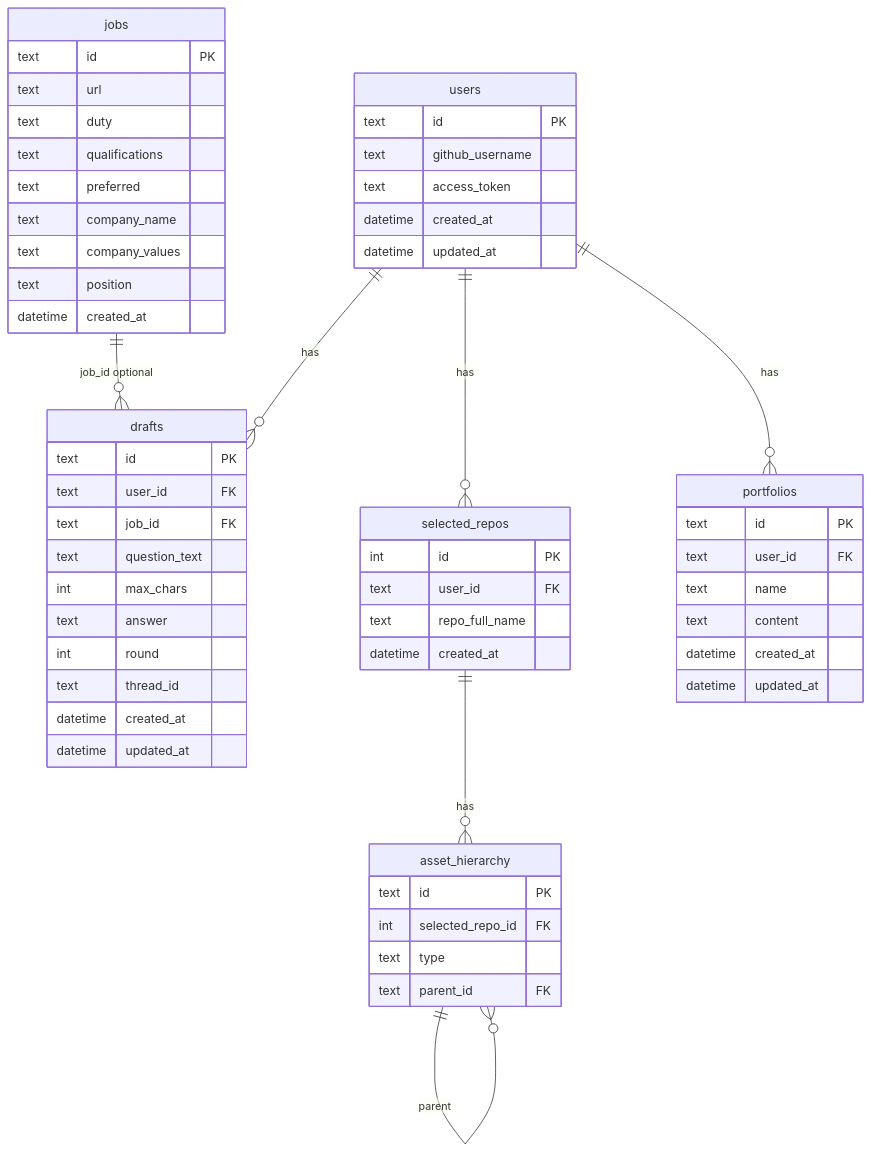
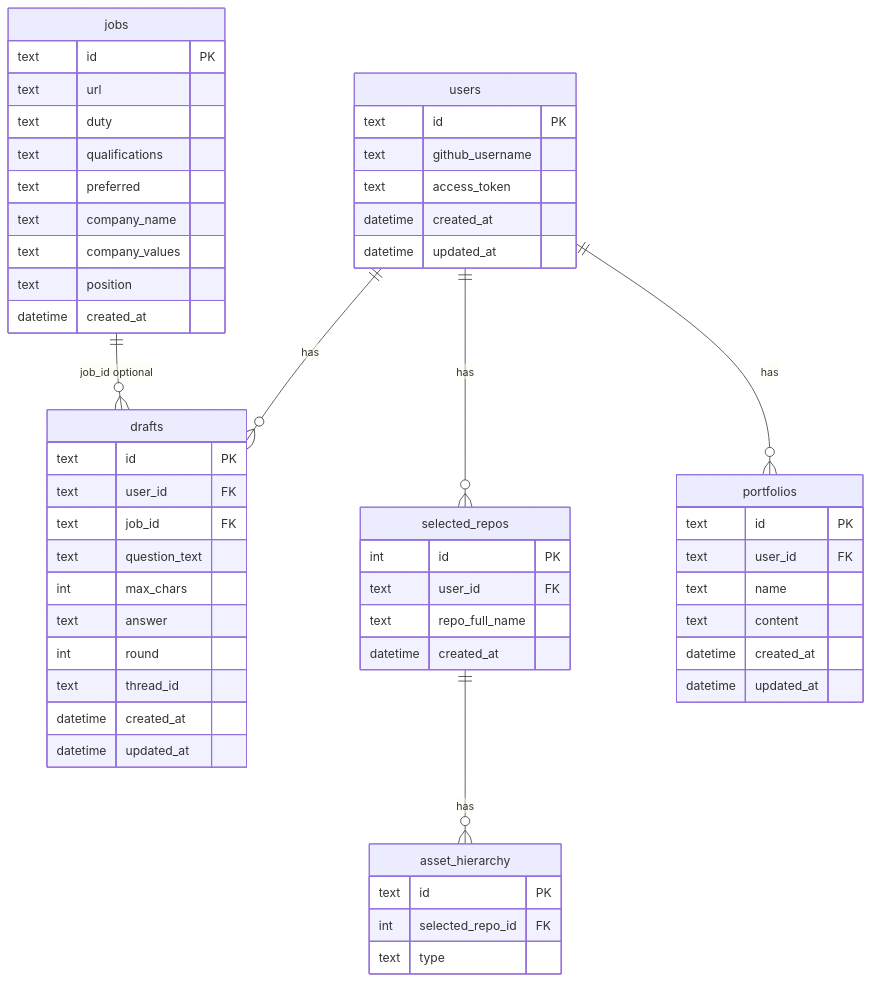
The diagram in docs/AUTOFOLIO_DB_스키마_설계.md (kocory1/AutoPolio), drawn with Mermaid before and after one commit. The commit also changed other lines of this file and 2 other files, not shown here.

First line of the commit message:
docs: .gitignore 및 DB/User_Asset 스키마 문서 변경 반영

````diff
--- a/docs/AUTOFOLIO_DB_스키마_설계.md
+++ b/docs/AUTOFOLIO_DB_스키마_설계.md
@@ -205,65 +230,63 @@
 ```mermaid
 erDiagram
     users ||--o{ drafts : has
     users ||--o{ selected_repos : has
     users ||--o{ portfolios : has
     jobs ||--o{ drafts : "job_id optional"
     selected_repos ||--o{ asset_hierarchy : has
-    asset_hierarchy ||--o{ asset_hierarchy : parent
 
     users {
         text id PK
         text github_username
         text access_token
         datetime created_at
         datetime updated_at
     }
 
     drafts {
         text id PK
         text user_id FK
         text job_id FK
         text question_text
         int max_chars
         text answer
         int round
         text thread_id
         datetime created_at
         datetime updated_at
     }
 
     jobs {
         text id PK
         text url
         text duty
         text qualifications
         text preferred
         text company_name
         text company_values
         text position
         datetime created_at
     }
 
     selected_repos {
         int id PK
         text user_id FK
         text repo_full_name
         datetime created_at
     }
 
     asset_hierarchy {
         text id PK
         int selected_repo_id FK
         text type
-        text parent_id FK
     }
 
     portfolios {
         text id PK
         text user_id FK
         text name
         text content
         datetime created_at
         datetime updated_at
     }
 ```
````
